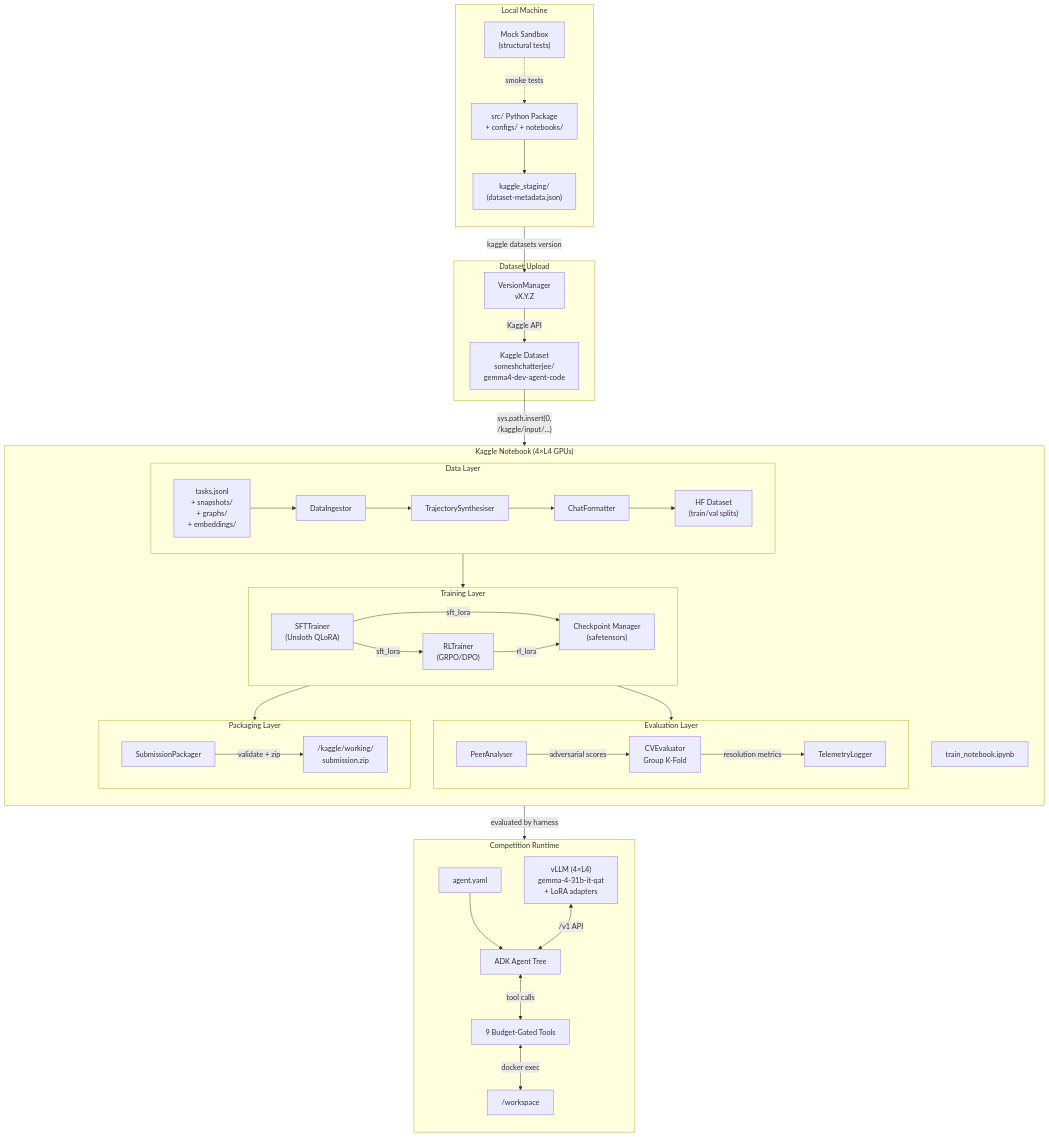
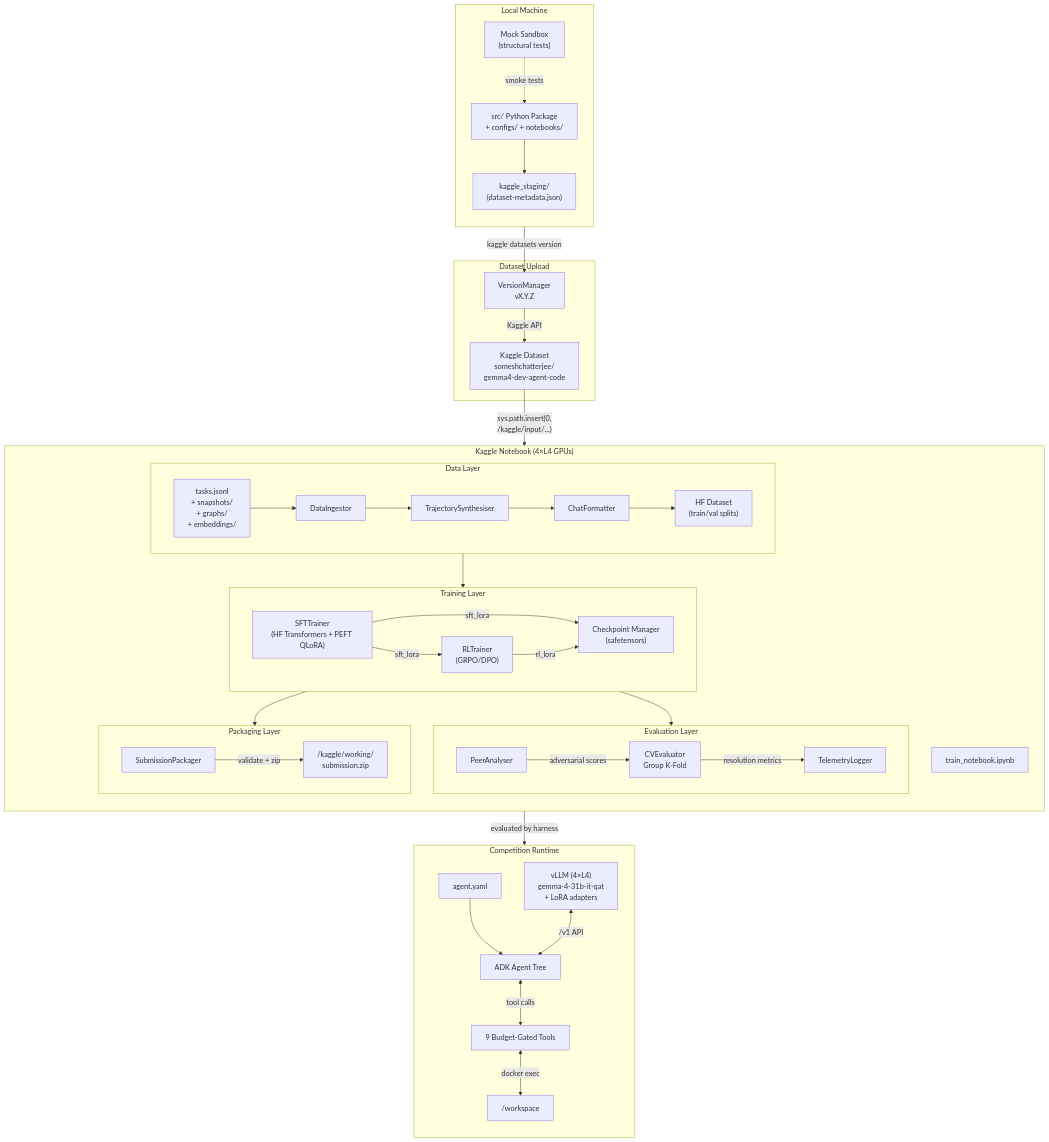
Before and after one commit to Strider221B/gemma4_dev_agent: the diagram in documentation/design/high_level/02_architecture_diagram.md, drawn with Mermaid. The commit also changed other lines of this file and 26 other files, not shown here.

````diff
--- a/documentation/design/high_level/02_architecture_diagram.md
+++ b/documentation/design/high_level/02_architecture_diagram.md
@@ -7,75 +7,75 @@
 ```mermaid
 flowchart TB
     subgraph LOCAL["Local Machine"]
         direction TB
         SRC["src/ Python Package\n+ configs/ + notebooks/"]
         MOCK["Mock Sandbox\n(structural tests)"]
         STAGE["kaggle_staging/\n(dataset-metadata.json)"]
         SRC --> STAGE
         MOCK -.->|"smoke tests"| SRC
     end
 
     subgraph UPLOAD["Dataset Upload"]
         VER["VersionManager\nvX.Y.Z"]
         STAGE -->|"kaggle datasets version"| VER
         VER -->|"Kaggle API"| DS_REMOTE["Kaggle Dataset\nsomeshchatterjee/\ngemma4-dev-agent-code"]
     end
 
     subgraph KAGGLE["Kaggle Notebook (4×L4 GPUs)"]
         direction TB
         NB["train_notebook.ipynb"]
         DS_REMOTE -->|"sys.path.insert(0,\n/kaggle/input/...)"| NB
 
         subgraph DATA_LAYER["Data Layer"]
             direction LR
             RAW["tasks.jsonl\n+ snapshots/\n+ graphs/\n+ embeddings/"]
             INGEST["DataIngestor"]
             TRAJ["TrajectorySynthesiser"]
             FMT["ChatFormatter"]
             HF_DS["HF Dataset\n(train/val splits)"]
             RAW --> INGEST --> TRAJ --> FMT --> HF_DS
         end
 
         subgraph TRAIN_LAYER["Training Layer"]
             direction LR
-            SFT["SFTTrainer\n(Unsloth QLoRA)"]
+            SFT["SFTTrainer\n(HF Transformers + PEFT QLoRA)"]
             RL["RLTrainer\n(GRPO/DPO)"]
             CKPT["Checkpoint Manager\n(safetensors)"]
             HF_DS --> SFT
             SFT -->|"sft_lora"| RL
             SFT -->|"sft_lora"| CKPT
             RL -->|"rl_lora"| CKPT
         end
 
         subgraph EVAL_LAYER["Evaluation Layer"]
             direction LR
             CV["CVEvaluator\nGroup K-Fold"]
             PEER["PeerAnalyser"]
             CKPT --> CV
             CV -->|"resolution metrics"| TELEM["TelemetryLogger"]
             PEER -->|"adversarial scores"| CV
         end
 
         subgraph PACKAGE_LAYER["Packaging Layer"]
             direction LR
             PKG["SubmissionPackager"]
             CKPT --> PKG
             PKG -->|"validate + zip"| SUB_ZIP["/kaggle/working/\nsubmission.zip"]
         end
     end
 
     subgraph RUNTIME["Competition Runtime"]
         direction TB
         YAML["agent.yaml"]
         VLLM["vLLM (4×L4)\ngemma-4-31b-it-qat\n+ LoRA adapters"]
         ADK["ADK Agent Tree"]
         TOOLS["9 Budget-Gated Tools"]
         WS["/workspace"]
         YAML --> ADK
         VLLM <-->|"/v1 API"| ADK
         ADK <-->|"tool calls"| TOOLS
         TOOLS <-->|"docker exec"| WS
     end
 
     SUB_ZIP -->|"evaluated by harness"| YAML
 ```
````
